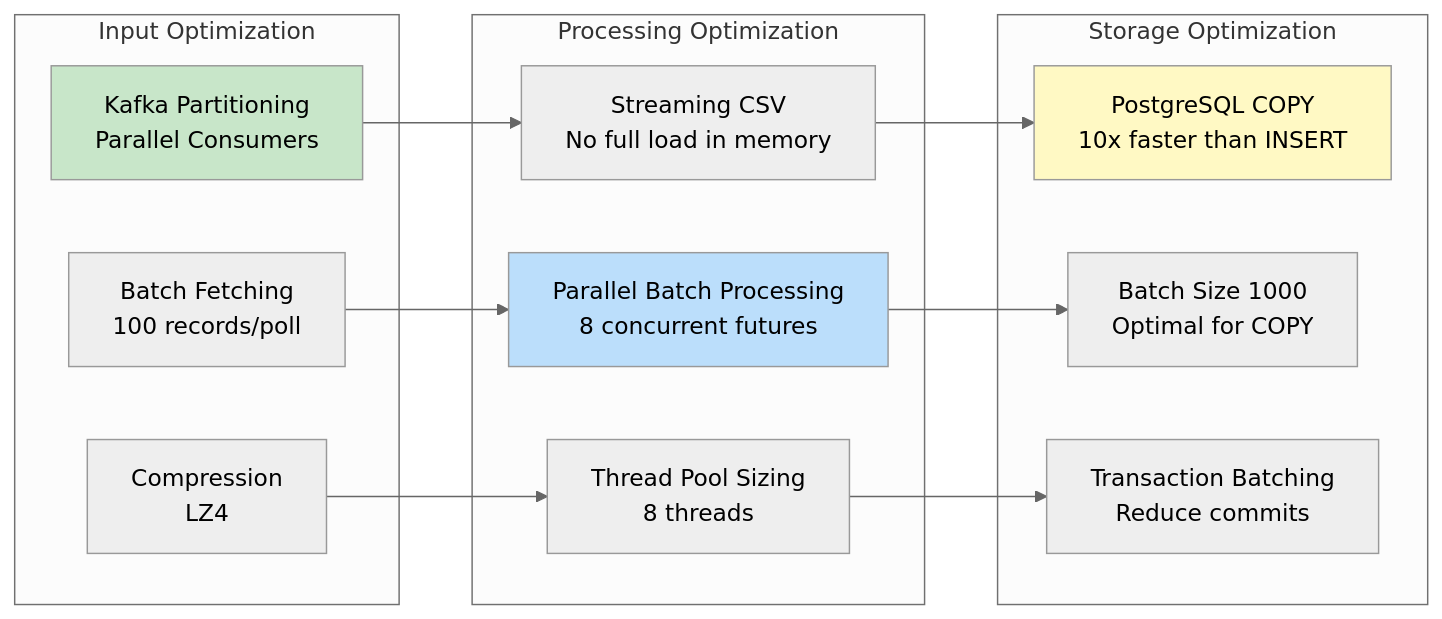
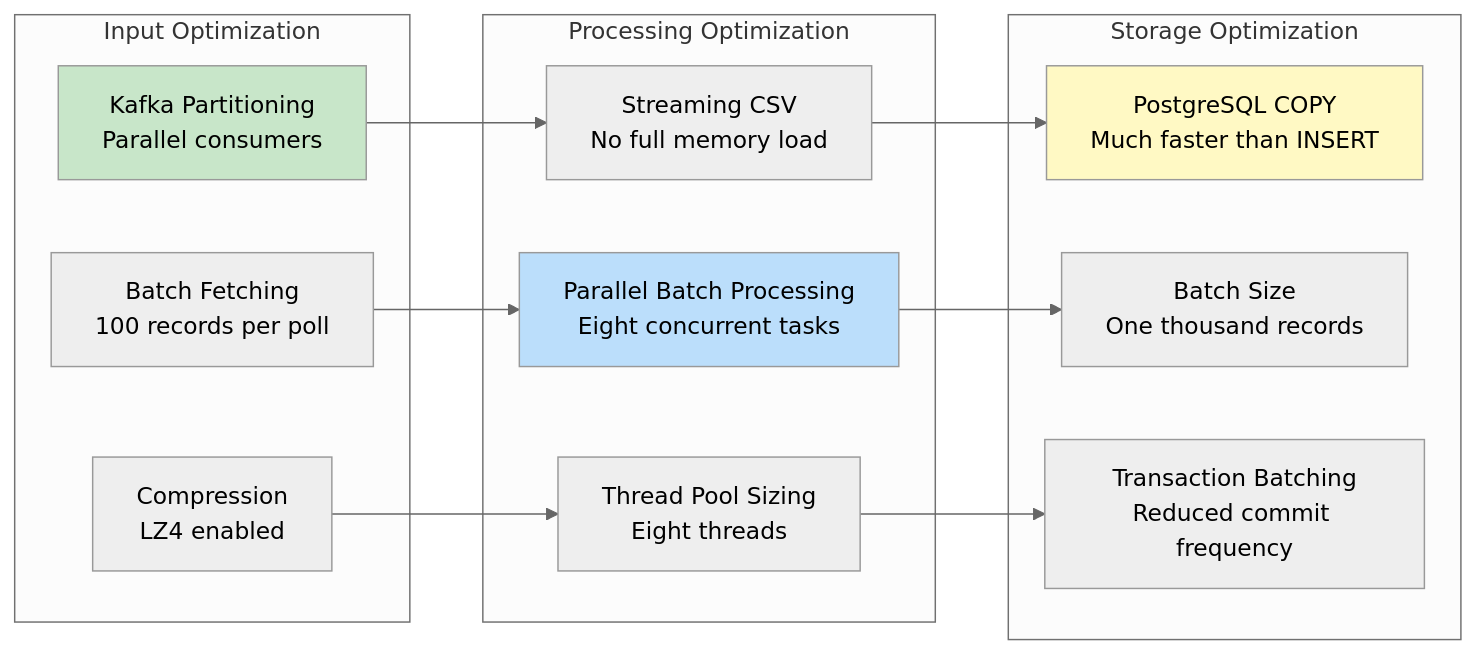
One commit to kagit00/schedule_x changed diagram 29 of 32 in docs/Low Level Designs/NodesImport.md. Above: the diagram before and after it, drawn with Mermaid (neutral theme). The commit also changed other lines of this file, not shown here.

````diff
--- a/docs/Low Level Designs/NodesImport.md
+++ b/docs/Low Level Designs/NodesImport.md
@@ -1378,32 +1378,33 @@
 ```mermaid
 graph LR
     subgraph "Input Optimization"
-        I1[Kafka Partitioning<br/>Parallel Consumers]
-        I2[Batch Fetching<br/>100 records/poll]
-        I3[Compression<br/>LZ4]
+        I1["Kafka Partitioning<br/>Parallel consumers"]
+        I2["Batch Fetching<br/>100 records per poll"]
+        I3["Compression<br/>LZ4 enabled"]
     end
-    
+
     subgraph "Processing Optimization"
-        P1[Streaming CSV<br/>No full load in memory]
-        P2[Parallel Batch Processing<br/>8 concurrent futures]
-        P3[Thread Pool Sizing<br/>8 threads]
+        P1["Streaming CSV<br/>No full memory load"]
+        P2["Parallel Batch Processing<br/>Eight concurrent tasks"]
+        P3["Thread Pool Sizing<br/>Eight threads"]
     end
-    
+
     subgraph "Storage Optimization"
-        S1[PostgreSQL COPY<br/>10x faster than INSERT]
-        S2[Batch Size 1000<br/>Optimal for COPY]
-        S3[Transaction Batching<br/>Reduce commits]
+        S1["PostgreSQL COPY<br/>Much faster than INSERT"]
+        S2["Batch Size<br/>One thousand records"]
+        S3["Transaction Batching<br/>Reduced commit frequency"]
     end
-    
+
     I1 --> P1
     I2 --> P2
     I3 --> P3
-    
+
     P1 --> S1
     P2 --> S2
     P3 --> S3
-    
+
     style I1 fill:#C8E6C9
     style P2 fill:#BBDEFB
     style S1 fill:#FFF9C4
+
 ```
````
